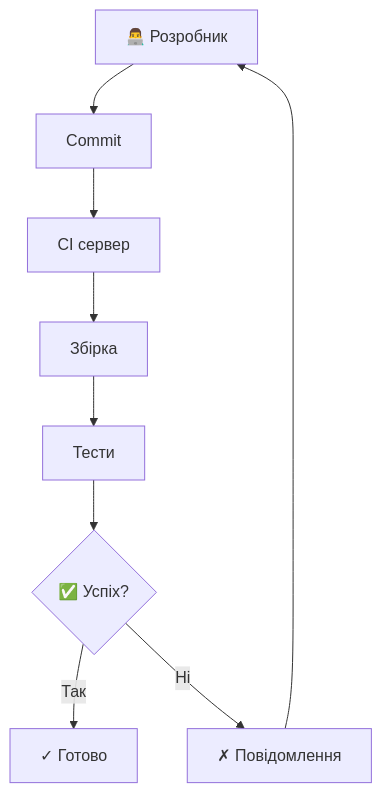
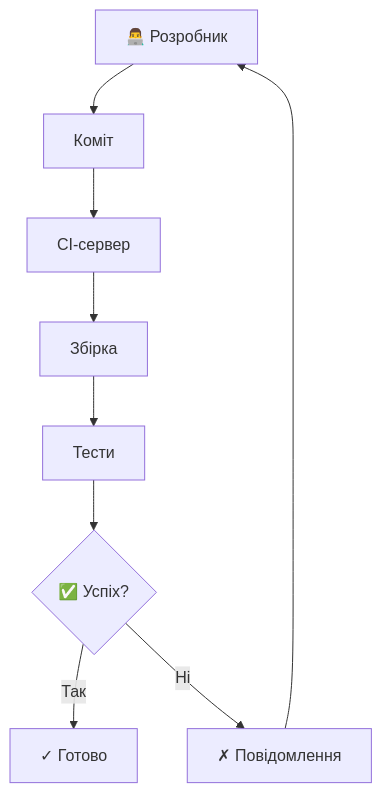
One commit to olroi421/course-opi-v2 changed the first of 11 diagrams in presentations/presentation-13.md. Above: the diagram before and after it, drawn with Mermaid. The commit also changed other lines of this file and 9 other files, not shown here.

````diff
--- a/presentations/presentation-13.md
+++ b/presentations/presentation-13.md
@@ -19,11 +29,11 @@
 ```mermaid
 graph TB
-    A[👨‍💻 Розробник] --> B[Commit]
-    B --> C[CI сервер]
+    A[👨‍💻 Розробник] --> B[Коміт]
+    B --> C[CI-сервер]
     C --> D[Збірка]
     D --> E[Тести]
     E --> F{✅ Успіх?}
     F -->|Так| G[✓ Готово]
     F -->|Ні| H[✗ Повідомлення]
     H --> A
 ```
````
